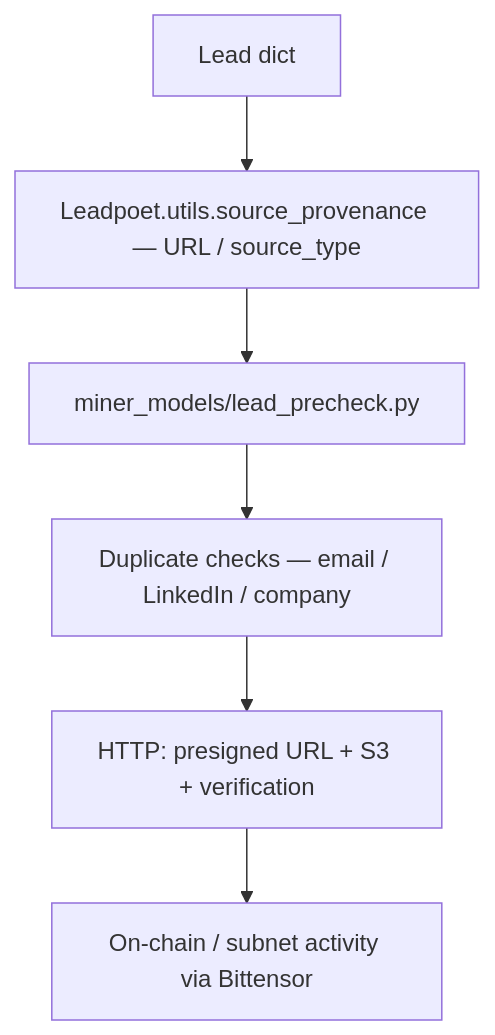
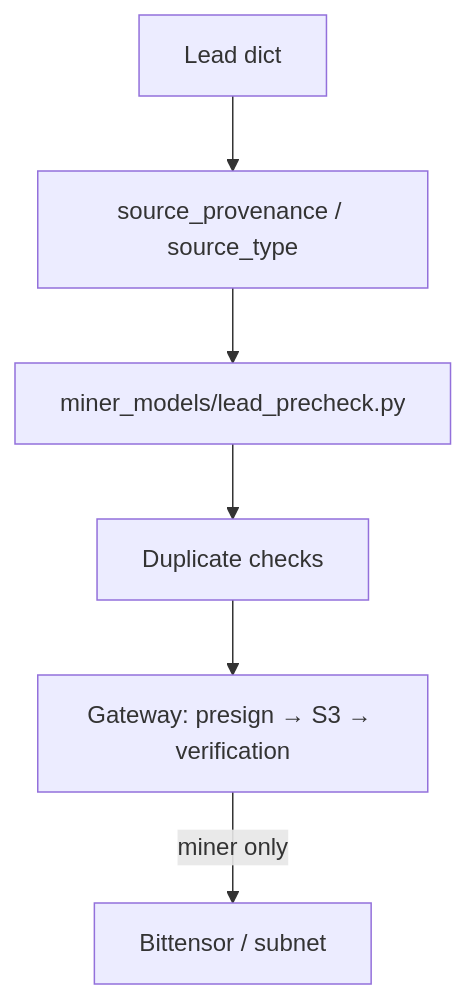
One commit to tomaspconer89-spec/leadpoet-sn71 changed the sixth of 6 diagrams in docs/MINER_PIPELINE-DIAGRAM.md. Above: the diagram before and after it, drawn with Mermaid. The commit also changed other lines of this file, not shown here.

````diff
--- a/docs/MINER_PIPELINE-DIAGRAM.md
+++ b/docs/MINER_PIPELINE-DIAGRAM.md
@@ -101,8 +158,8 @@
 ```mermaid
 flowchart TB
-  P[Lead dict] --> SP[Leadpoet.utils.source_provenance — URL / source_type]
+  P[Lead dict] --> SP[source_provenance / source_type]
   SP --> PC[miner_models/lead_precheck.py]
-  PC --> DD[Duplicate checks — email / LinkedIn / company]
-  DD --> GW[HTTP: presigned URL + S3 + verification]
-  GW --> BT[On-chain / subnet activity via Bittensor]
+  PC --> DD[Duplicate checks]
+  DD --> GW[Gateway: presign → S3 → verification]
+  GW -->|miner only| BT[Bittensor / subnet]
 ```
````
